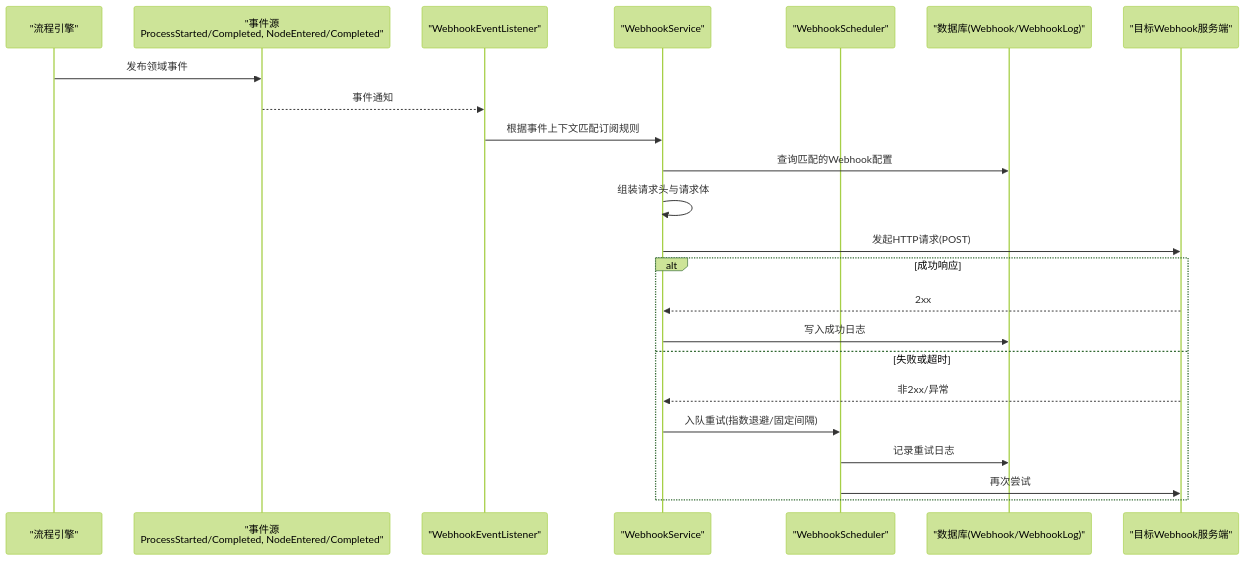
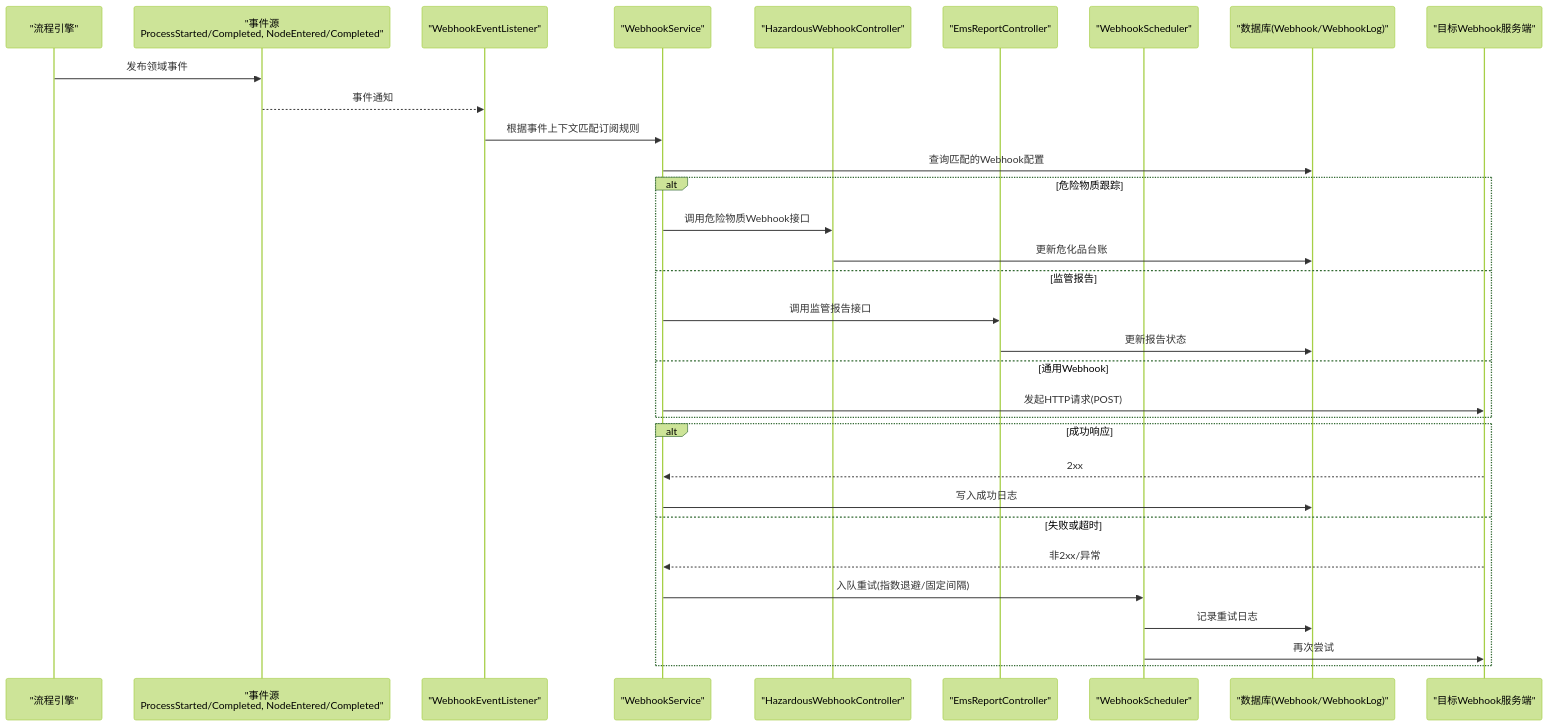
Before and after one commit to liming-lihaini/workflow: the second of 3 diagrams in .qoder/repowiki/zh/content/扩展开发指南/Webhook事件集成.md, drawn with Mermaid (forest theme). The commit also changed other lines of this file and 45 other files, not shown here.

````diff
--- a/.qoder/repowiki/zh/content/扩展开发指南/Webhook事件集成.md
+++ b/.qoder/repowiki/zh/content/扩展开发指南/Webhook事件集成.md
@@ -137,25 +152,34 @@
 ```mermaid
 sequenceDiagram
 participant Engine as "流程引擎"
 participant Event as "事件源<br/>ProcessStarted/Completed, NodeEntered/Completed"
 participant Listener as "WebhookEventListener"
 participant Service as "WebhookService"
+participant HazardousCtrl as "HazardousWebhookController"
+participant ReportCtrl as "EmsReportController"
 participant Scheduler as "WebhookScheduler"
 participant DB as "数据库(Webhook/WebhookLog)"
 participant Target as "目标Webhook服务端"
 Engine->>Event : 发布领域事件
 Event-->>Listener : 事件通知
 Listener->>Service : 根据事件上下文匹配订阅规则
 Service->>DB : 查询匹配的Webhook配置
-Service->>Service : 组装请求头与请求体
+alt 危险物质跟踪
+Service->>HazardousCtrl : 调用危险物质Webhook接口
+HazardousCtrl->>DB : 更新危化品台账
+else 监管报告
+Service->>ReportCtrl : 调用监管报告接口
+ReportCtrl->>DB : 更新报告状态
+else 通用Webhook
 Service->>Target : 发起HTTP请求(POST)
+end
 alt 成功响应
 Target-->>Service : 2xx
 Service->>DB : 写入成功日志
 else 失败或超时
 Target-->>Service : 非2xx/异常
 Service->>Scheduler : 入队重试(指数退避/固定间隔)
 Scheduler->>DB : 记录重试日志
 Scheduler->>Target : 再次尝试
 end
 ```
````
